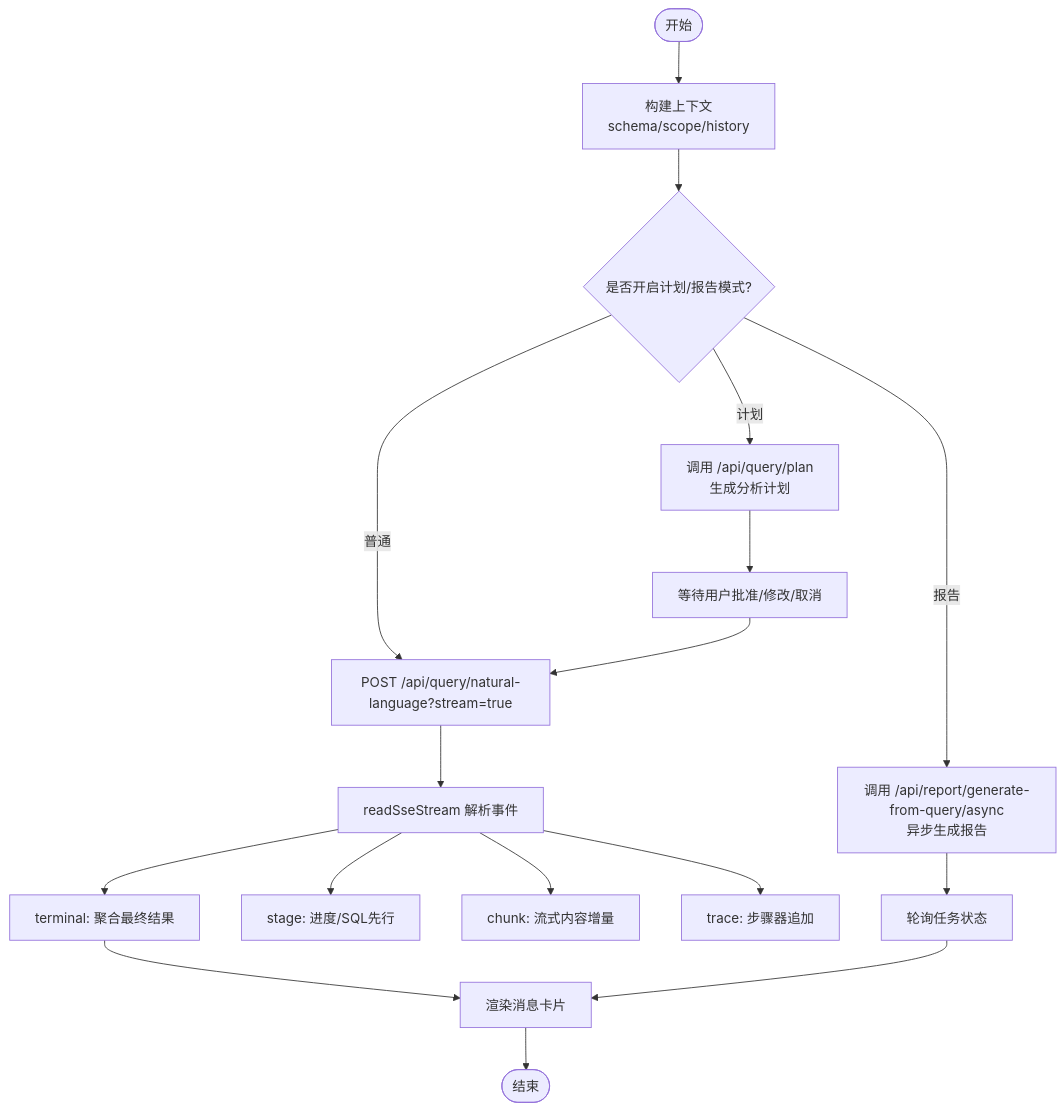
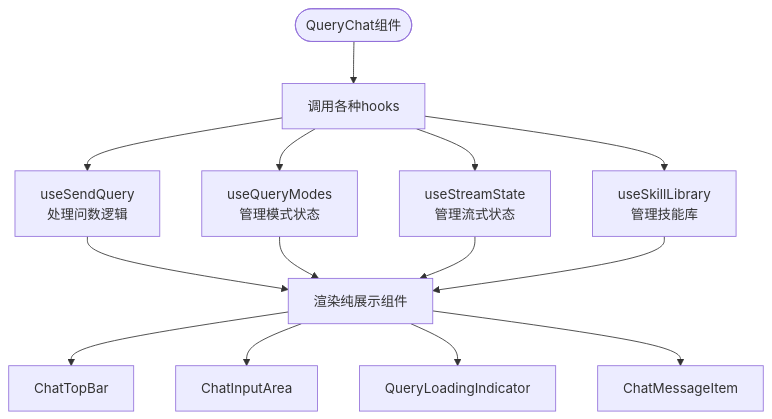
Before and after one commit to dgjin/smart-data-analytics: the third of 5 diagrams in .qoder/repowiki/zh/content/前端应用/核心组件库/查询聊天组件.md, drawn with Mermaid. The commit also changed other lines of this file and 146 other files, not shown here.

````diff
--- a/.qoder/repowiki/zh/content/前端应用/核心组件库/查询聊天组件.md
+++ b/.qoder/repowiki/zh/content/前端应用/核心组件库/查询聊天组件.md
@@ -124,19 +181,16 @@
 ```mermaid
 flowchart TD
-Start(["开始"]) --> BuildCtx["构建上下文<br/>schema/scope/history"]
-BuildCtx --> Mode{"是否开启计划/报告模式?"}
-Mode --> |计划| Plan["调用 /api/query/plan<br/>生成分析计划"]
-Mode --> |报告| Report["调用 /api/report/generate-from-query/async<br/>异步生成报告"]
-Mode --> |普通| Stream["POST /api/query/natural-language?stream=true"]
-Plan --> WaitPlan["等待用户批准/修改/取消"]
-Report --> PollTask["轮询任务状态"]
-Stream --> SSE["readSseStream 解析事件"]
-SSE --> Stage["stage: 进度/SQL先行"]
-SSE --> Chunk["chunk: 流式内容增量"]
-SSE --> Trace["trace: 步骤器追加"]
-SSE --> Terminal["terminal: 聚合最终结果"]
-Terminal --> Render["渲染消息卡片"]
-WaitPlan --> Stream
-PollTask --> Render
-Render --> End(["结束"])
+Start(["QueryChat组件"]) --> Hooks["调用各种hooks"]
+Hooks --> SendQuery["useSendQuery<br/>处理问数逻辑"]
+Hooks --> Modes["useQueryModes<br/>管理模式状态"]
+Hooks --> Stream["useStreamState<br/>管理流式状态"]
+Hooks --> Skills["useSkillLibrary<br/>管理技能库"]
+SendQuery --> Components["渲染纯展示组件"]
+Modes --> Components
+Stream --> Components
+Skills --> Components
+Components --> TopBar["ChatTopBar"]
+Components --> Input["ChatInputArea"]
+Components --> Loading["QueryLoadingIndicator"]
+Components --> Messages["ChatMessageItem"]
 ```
````
